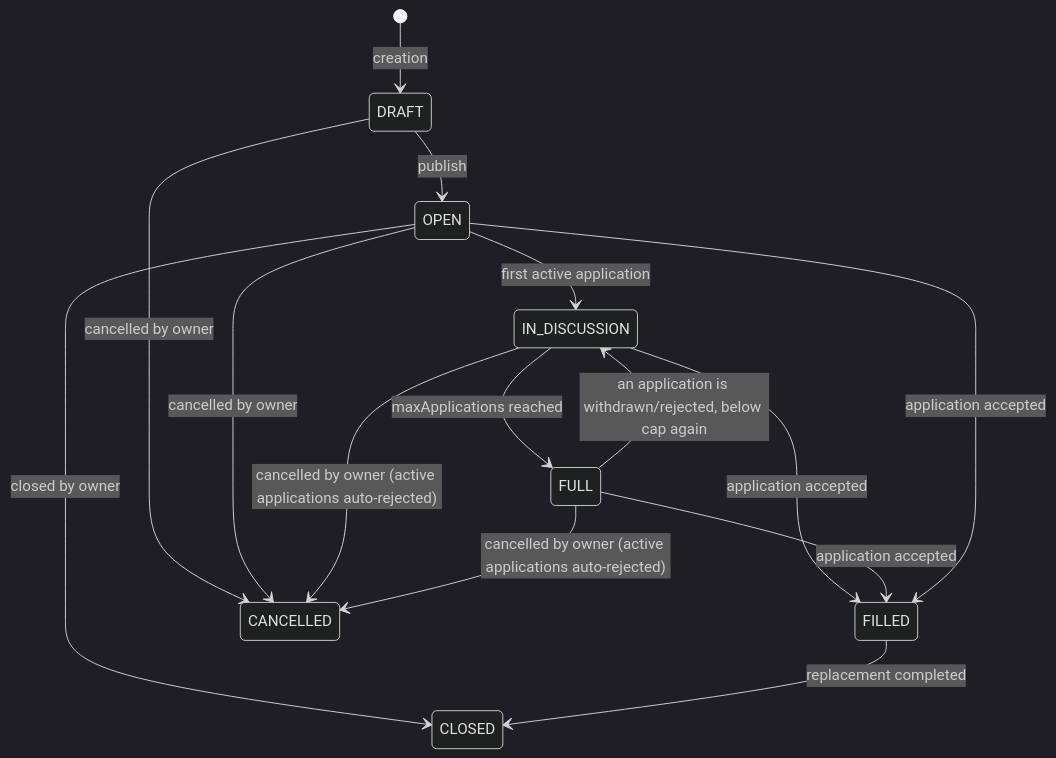
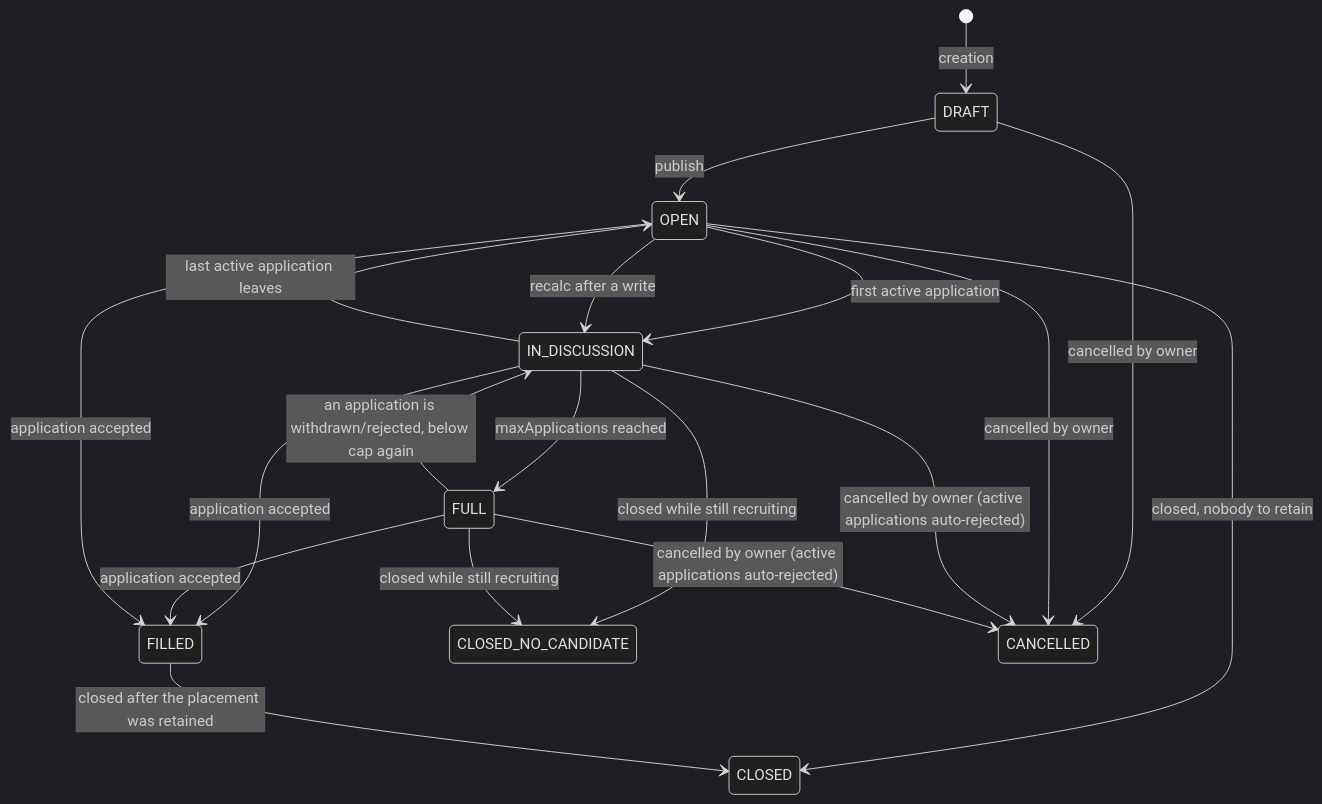
Before and after one commit to lellis-group/kineo-nest-backend: the fifth of 7 diagrams in README.md, drawn with Mermaid (dark theme). The commit also changed other lines of this file, not shown here.

````diff
--- a/README.md
+++ b/README.md
@@ -233,17 +247,23 @@
 ```mermaid
 stateDiagram-v2
     [*] --> DRAFT : creation
     DRAFT --> OPEN : publish
     OPEN --> IN_DISCUSSION : first active application
     IN_DISCUSSION --> FULL : maxApplications reached
     FULL --> IN_DISCUSSION : an application is withdrawn/rejected, below cap again
+    IN_DISCUSSION --> OPEN : last active application leaves
+    OPEN --> IN_DISCUSSION : recalc after a write
     IN_DISCUSSION --> FILLED : application accepted
     FULL --> FILLED : application accepted
     OPEN --> FILLED : application accepted
-    OPEN --> CLOSED : closed by owner
-    FILLED --> CLOSED : replacement completed
+
+    OPEN --> CLOSED : closed, nobody to retain
+    FILLED --> CLOSED : closed after the placement was retained
+    IN_DISCUSSION --> CLOSED_NO_CANDIDATE : closed while still recruiting
+    FULL --> CLOSED_NO_CANDIDATE : closed while still recruiting
+
     DRAFT --> CANCELLED : cancelled by owner
     OPEN --> CANCELLED : cancelled by owner
     IN_DISCUSSION --> CANCELLED : cancelled by owner (active applications auto-rejected)
     FULL --> CANCELLED : cancelled by owner (active applications auto-rejected)
 ```
````
